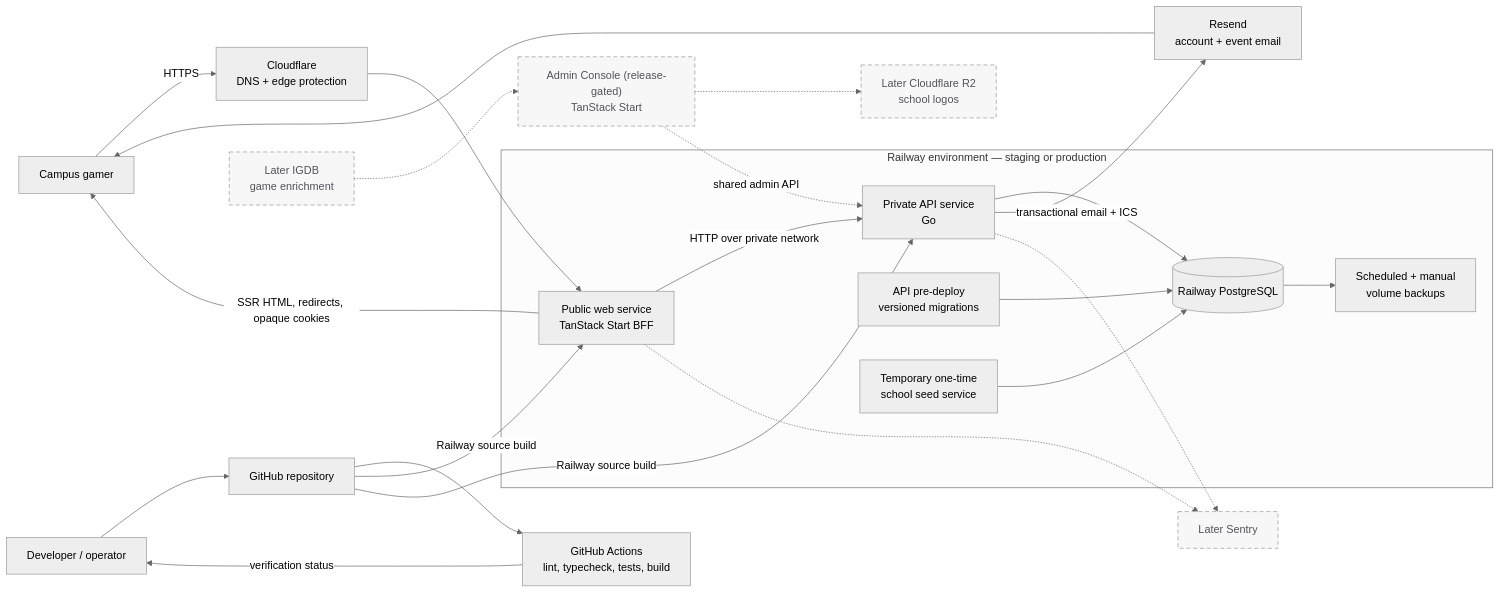
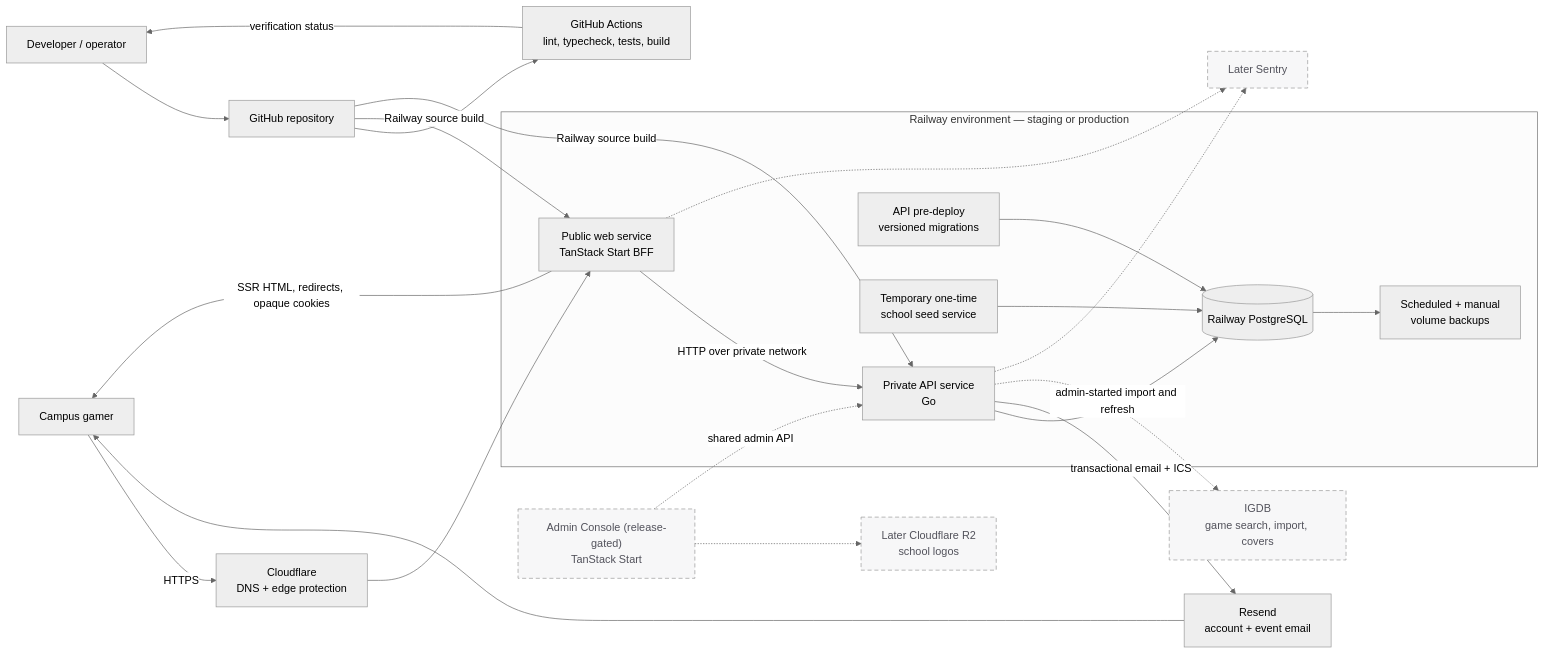
One commit to Campus-Gaming-Network/core changed the third of 3 diagrams in docs/14-architecture-diagrams.md. Above: the diagram before and after it, drawn with Mermaid (neutral theme). The commit also changed 53 other files, not shown here.

First line of the commit message:
feat: import the game catalog from IGDB

````diff
--- a/docs/14-architecture-diagrams.md
+++ b/docs/14-architecture-diagrams.md
@@ -140,48 +140,48 @@
 ```mermaid
 flowchart LR
     User["Campus gamer"]
     Operator["Developer / operator"]
     GitHub["GitHub repository"]
     CI["GitHub Actions<br/>lint, typecheck, tests, build"]
     Cloudflare["Cloudflare<br/>DNS + edge protection"]
     Resend["Resend<br/>account + event email"]
 
     subgraph Railway["Railway environment — staging or production"]
         Web["Public web service<br/>TanStack Start BFF"]
         API["Private API service<br/>Go"]
         Migrations["API pre-deploy<br/>versioned migrations"]
         Seed["Temporary one-time<br/>school seed service"]
         Database[("Railway PostgreSQL")]
         Backups["Scheduled + manual<br/>volume backups"]
 
         Web -->|"HTTP over private network"| API
         API --> Database
         Migrations --> Database
         Seed --> Database
         Database --> Backups
     end
 
     Admin["Admin Console (release-gated)<br/>TanStack Start"]
     R2["Later Cloudflare R2<br/>school logos"]
-    IGDB["Later IGDB<br/>game enrichment"]
+    IGDB["IGDB<br/>game search, import, covers"]
     Sentry["Later Sentry"]
 
     User -->|"HTTPS"| Cloudflare --> Web
     Web -->|"SSR HTML, redirects, opaque cookies"| User
     API -->|"transactional email + ICS"| Resend --> User
 
     Operator --> GitHub
     GitHub --> CI
     CI -->|"verification status"| Operator
     GitHub -->|"Railway source build"| Web
     GitHub -->|"Railway source build"| API
 
     Admin -.->|"shared admin API"| API
     Admin -.-> R2
-    IGDB -.-> Admin
+    API -.->|"admin-started import and refresh"| IGDB
     Web -.-> Sentry
     API -.-> Sentry
 
     classDef deferred stroke-dasharray: 6 4,fill:#f7f7f8,color:#52525b;
     class Admin,R2,IGDB,Sentry deferred;
 ```
````
